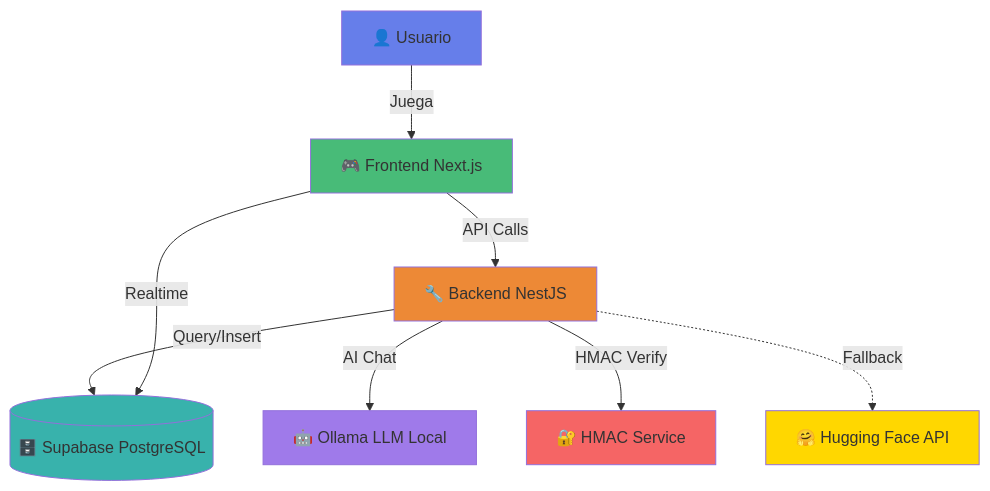
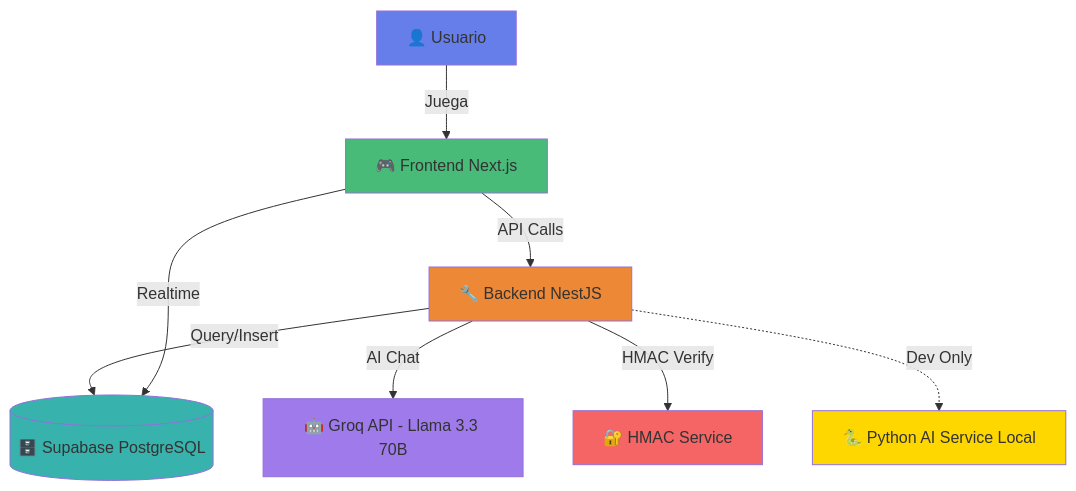
The diagram in README.md (AnderssonProgramming/psoc-genericR-culturalC), drawn with Mermaid before and after one commit. The commit also changed other lines of this file and 7 other files, not shown here.

````diff
--- a/README.md
+++ b/README.md
@@ -105,18 +117,18 @@
 ```mermaid
 graph TB
     A[👤 Usuario] -->|Juega| B[🎮 Frontend Next.js]
     B -->|API Calls| C[🔧 Backend NestJS]
     C -->|Query/Insert| D[(🗄️ Supabase PostgreSQL)]
-    C -->|AI Chat| E[🤖 Ollama LLM Local]
+    C -->|AI Chat| E[🤖 Groq API - Llama 3.3 70B]
     B -->|Realtime| D
     C -->|HMAC Verify| F[🔐 HMAC Service]
-    C -.->|Fallback| G[🤗 Hugging Face API]
+    C -.->|Dev Only| G[🐍 Python AI Service Local]
     
     style A fill:#667eea
     style B fill:#48bb78
     style C fill:#ed8936
     style D fill:#38b2ac
     style E fill:#9f7aea
     style F fill:#f56565
     style G fill:#ffd700
 ```
````
